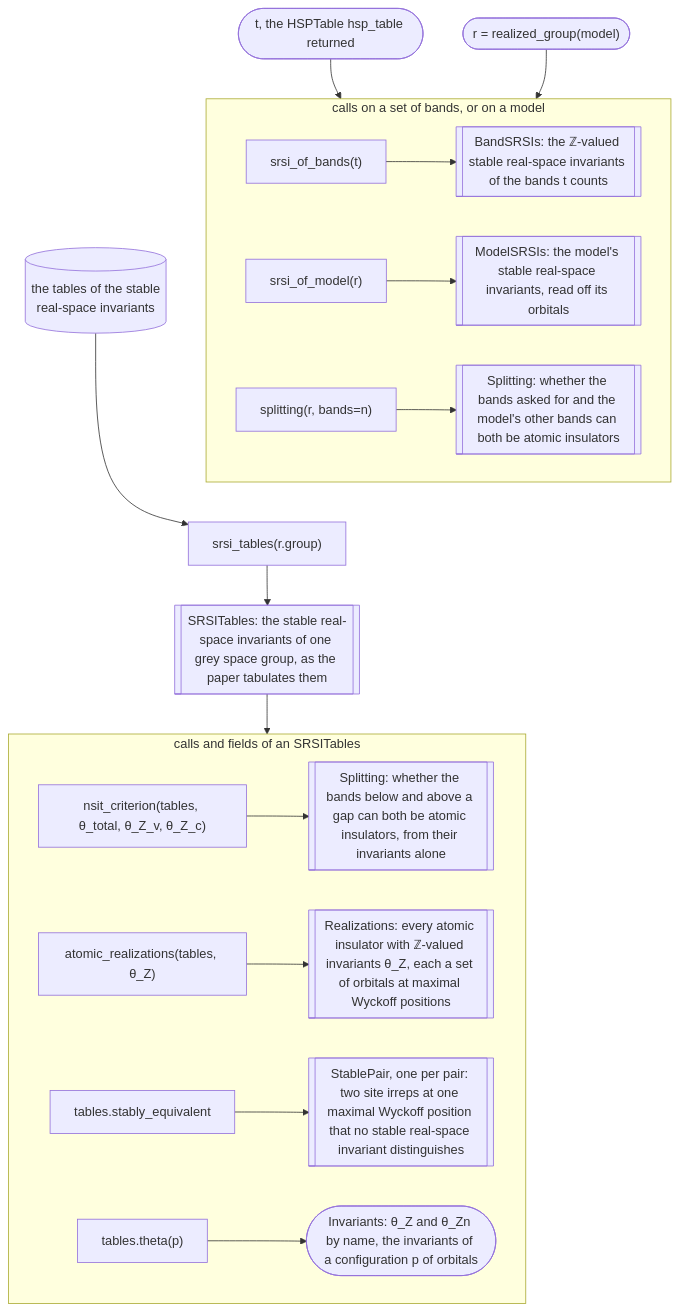
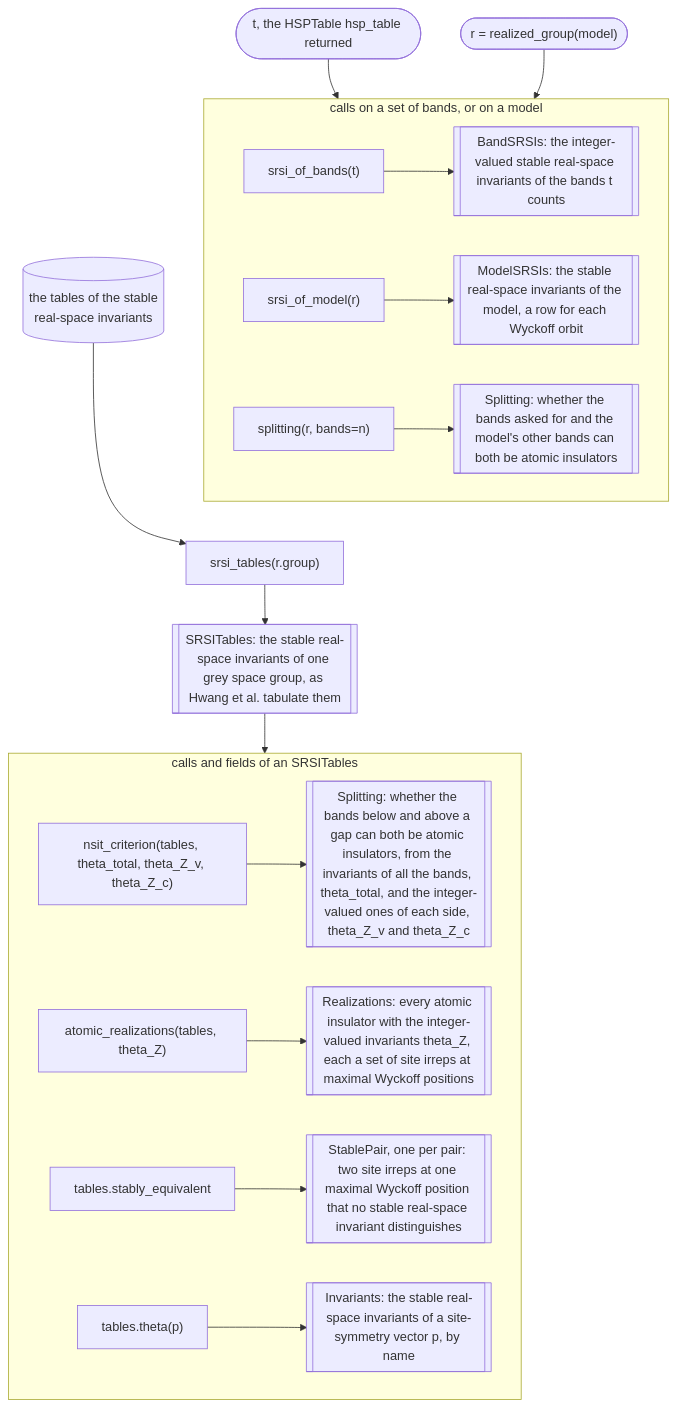
One commit to bbradlyn/pythtqc changed the eighth of 8 diagrams in docs/background/modules.md. Above: the diagram before and after it, drawn with Mermaid. The commit also changed other lines of this file and 7 other files, not shown here.

````diff
--- a/docs/background/modules.md
+++ b/docs/background/modules.md
@@ -262,29 +293,29 @@
 ```mermaid
 flowchart TD
     i_t(["t, the HSPTable hsp_table returned"])
     i_r(["r = realized_group(model)"])
     i_data[("the tables of the stable<br/>real-space invariants")]
     i_tables["srsi_tables(r.group)"]
-    i_ST[["SRSITables: the stable real-space invariants of one grey space group, as the paper tabulates them"]]
+    i_ST[["SRSITables: the stable real-space invariants of one grey space group, as Hwang et al. tabulate them"]]
 
     i_t --> i_band_calls
     i_r --> i_band_calls
     i_band_calls ~~~ i_tables
     i_data --> i_tables --> i_ST
     i_ST --> i_table_calls
 
     subgraph i_band_calls ["calls on a set of bands, or on a model"]
         direction LR
-        i_bands["srsi_of_bands(t)"] --> i_B[["BandSRSIs: the ℤ-valued stable real-space invariants of the bands t counts"]]
-        i_model["srsi_of_model(r)"] --> i_M[["ModelSRSIs: the model's stable real-space invariants, read off its orbitals"]]
+        i_bands["srsi_of_bands(t)"] --> i_B[["BandSRSIs: the integer-valued stable real-space invariants of the bands t counts"]]
+        i_model["srsi_of_model(r)"] --> i_M[["ModelSRSIs: the stable real-space invariants of the model, a row for each Wyckoff orbit"]]
         i_split["splitting(r, bands=n)"] --> i_S[["Splitting: whether the bands asked for and the model's other bands can both be atomic insulators"]]
     end
 
     subgraph i_table_calls ["calls and fields of an SRSITables"]
         direction LR
-        i_nsit["nsit_criterion(tables, θ_total, θ_Z_v, θ_Z_c)"] --> i_S2[["Splitting: whether the bands below and above a gap can both be atomic insulators, from their invariants alone"]]
-        i_ar["atomic_realizations(tables, θ_Z)"] --> i_RZ[["Realizations: every atomic insulator with ℤ-valued invariants θ_Z, each a set of orbitals at maximal Wyckoff positions"]]
+        i_nsit["nsit_criterion(tables, theta_total, theta_Z_v, theta_Z_c)"] --> i_S2[["Splitting: whether the bands below and above a gap can both be atomic insulators, from the invariants of all the bands, theta_total, and the integer-valued ones of each side, theta_Z_v and theta_Z_c"]]
+        i_ar["atomic_realizations(tables, theta_Z)"] --> i_RZ[["Realizations: every atomic insulator with the integer-valued invariants theta_Z, each a set of site irreps at maximal Wyckoff positions"]]
         i_pairs["tables.stably_equivalent"] --> i_SP[["StablePair, one per pair: two site irreps at one maximal Wyckoff position that no stable real-space invariant distinguishes"]]
-        i_of["tables.theta(p)"] --> i_of_out(["Invariants: θ_Z and θ_Zn by name, the invariants of a configuration p of orbitals"])
+        i_of["tables.theta(p)"] --> i_of_out[["Invariants: the stable real-space invariants of a site-symmetry vector p, by name"]]
     end
 ```
````
